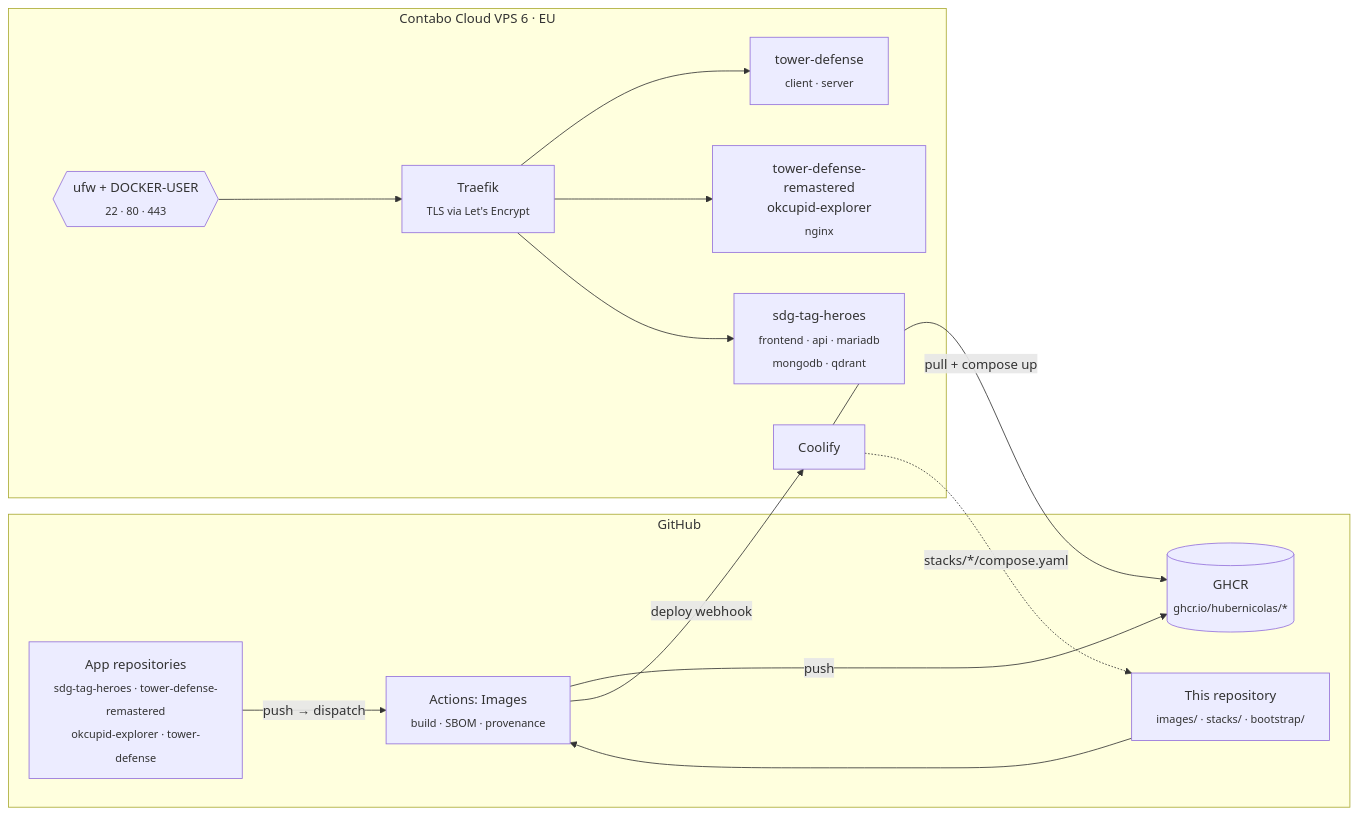
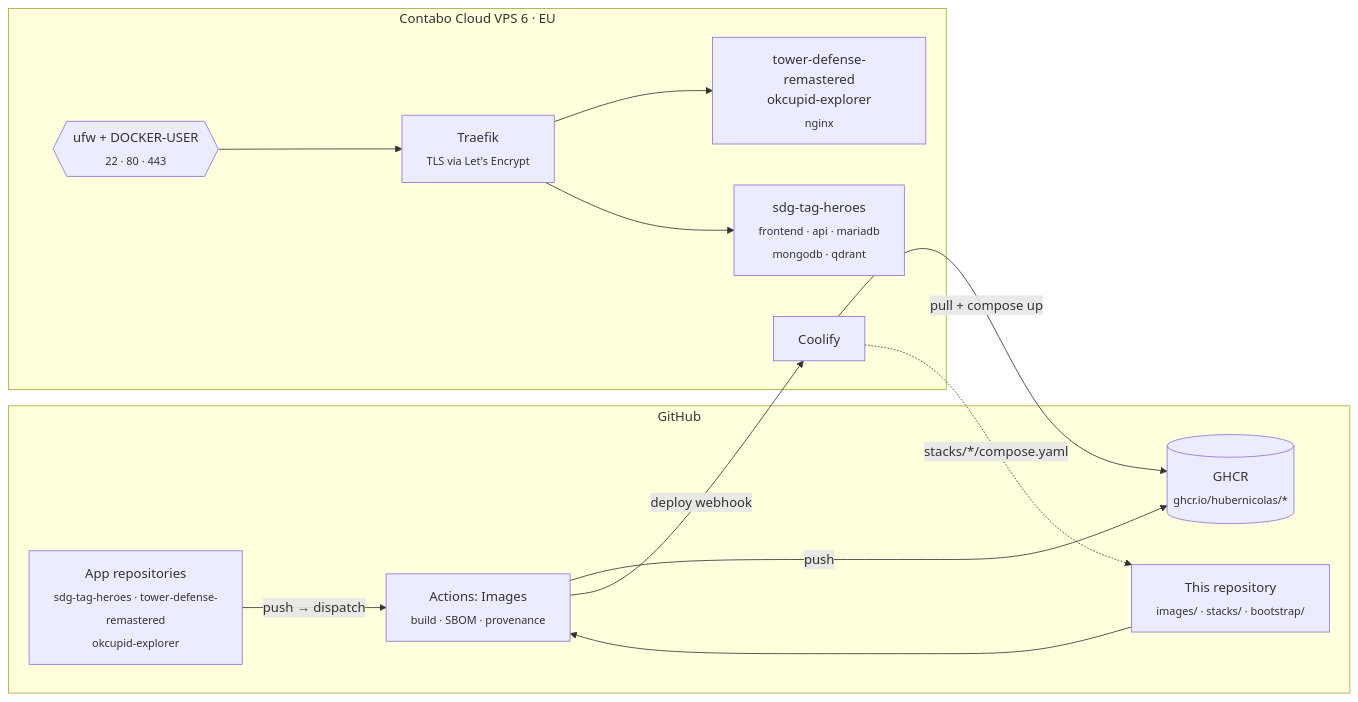
The diagram in README.md (HuberNicolas/infrastructure), drawn with Mermaid before and after one commit. The commit also changed other lines of this file and 3 other files, not shown here.

First line of the commit message:
Remove the 2021 Tower Defense

````diff
--- a/README.md
+++ b/README.md
@@ -30,26 +27,25 @@
 ```mermaid
 flowchart LR
     subgraph github[GitHub]
-        src["App repositories<br/><sub>sdg-tag-heroes · tower-defense-remastered<br/>okcupid-explorer · tower-defense</sub>"]
+        src["App repositories<br/><sub>sdg-tag-heroes · tower-defense-remastered<br/>okcupid-explorer</sub>"]
         infra["This repository<br/><sub>images/ · stacks/ · bootstrap/</sub>"]
         actions["Actions: Images<br/><sub>build · SBOM · provenance</sub>"]
         ghcr[("GHCR<br/><sub>ghcr.io/hubernicolas/*</sub>")]
     end
 
     subgraph server["Contabo Cloud VPS 6 · EU"]
         fw{{"ufw + DOCKER-USER<br/><sub>22 · 80 · 443</sub>"}}
         traefik["Traefik<br/><sub>TLS via Let's Encrypt</sub>"]
         coolify["Coolify"]
-        td["tower-defense<br/><sub>client · server</sub>"]
         tdr["tower-defense-remastered<br/>okcupid-explorer<br/><sub>nginx</sub>"]
         sdg["sdg-tag-heroes<br/><sub>frontend · api · mariadb<br/>mongodb · qdrant</sub>"]
     end
 
     src -- "push → dispatch" --> actions
     infra --> actions
     actions -- push --> ghcr
     actions -- "deploy webhook" --> coolify
     coolify -- "pull + compose up" --> ghcr
     coolify -. "stacks/*/compose.yaml" .-> infra
-    fw --> traefik --> td & tdr & sdg
+    fw --> traefik --> tdr & sdg
 ```
````
